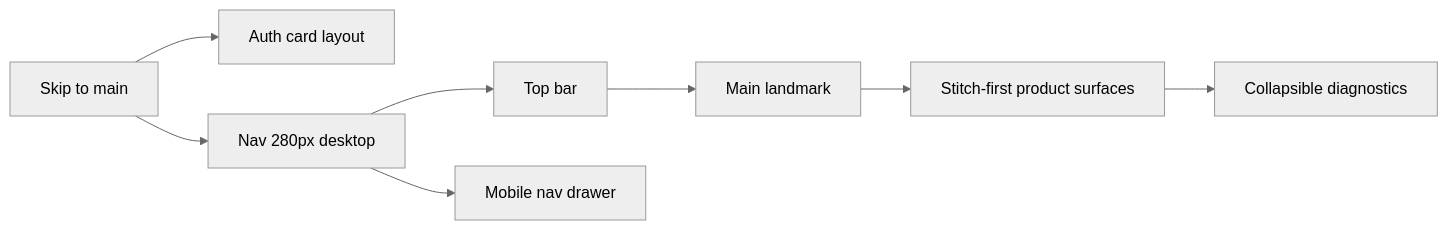
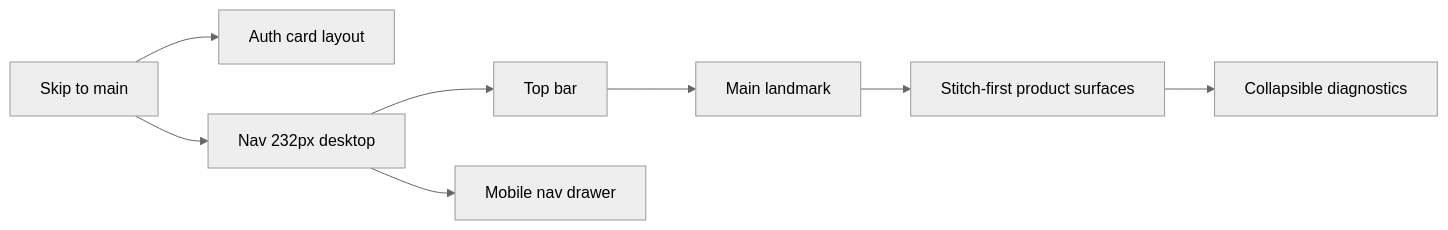
Before and after one commit to Nagdy8888/smart-rag: the diagram in docs/frontend/DESIGN_SYSTEM.md, drawn with Mermaid (neutral theme). The commit also changed other lines of this file and 91 other files, not shown here.

````diff
--- a/docs/frontend/DESIGN_SYSTEM.md
+++ b/docs/frontend/DESIGN_SYSTEM.md
@@ -77,11 +78,11 @@
 ```mermaid
 flowchart LR
   skip["Skip to main"]
   skip --> auth["Auth card layout"]
-  skip --> nav["Nav 280px desktop"]
+  skip --> nav["Nav 232px desktop"]
   nav --> topbar["Top bar"]
   topbar --> main["Main landmark"]
   nav --> drawer["Mobile nav drawer"]
   main --> product["Stitch-first product surfaces"]
   product --> diagnostics["Collapsible diagnostics"]
 ```
````
